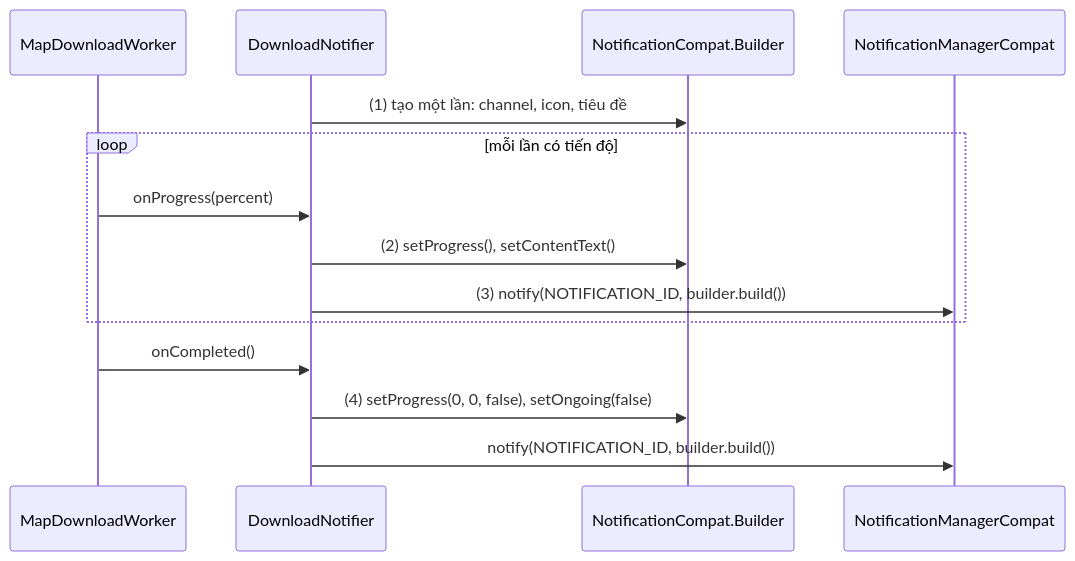
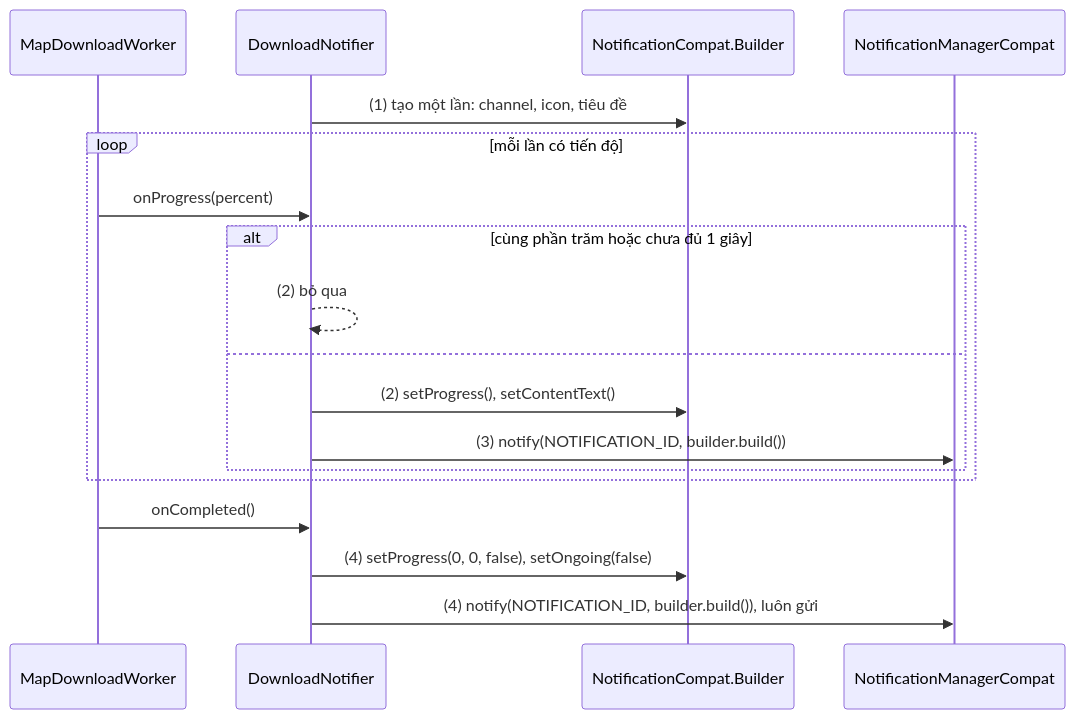
One commit to h1eu/knowledge changed the second of 4 diagrams in knowledge/android/docs/session_07/design_pattern/builder_pattern.md. Above: the diagram before and after it, drawn with Mermaid. The commit also changed other lines of this file and 19 other files, not shown here.

````diff
--- a/knowledge/android/docs/session_07/design_pattern/builder_pattern.md
+++ b/knowledge/android/docs/session_07/design_pattern/builder_pattern.md
@@ -201,16 +201,20 @@
 ```mermaid
 sequenceDiagram
     participant D as MapDownloadWorker
     participant N as DownloadNotifier
     participant B as NotificationCompat.Builder
     participant M as NotificationManagerCompat
     N->>B: (1) tạo một lần: channel, icon, tiêu đề
     loop mỗi lần có tiến độ
         D->>N: onProgress(percent)
-        N->>B: (2) setProgress(), setContentText()
-        N->>M: (3) notify(NOTIFICATION_ID, builder.build())
+        alt cùng phần trăm hoặc chưa đủ 1 giây
+            N-->>N: (2) bỏ qua
+        else
+            N->>B: (2) setProgress(), setContentText()
+            N->>M: (3) notify(NOTIFICATION_ID, builder.build())
+        end
     end
     D->>N: onCompleted()
     N->>B: (4) setProgress(0, 0, false), setOngoing(false)
-    N->>M: notify(NOTIFICATION_ID, builder.build())
+    N->>M: (4) notify(NOTIFICATION_ID, builder.build()), luôn gửi
 ```
````
